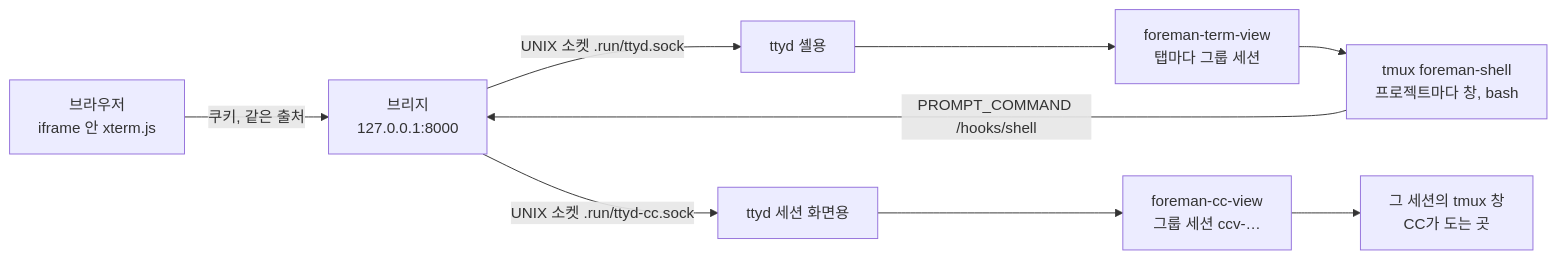
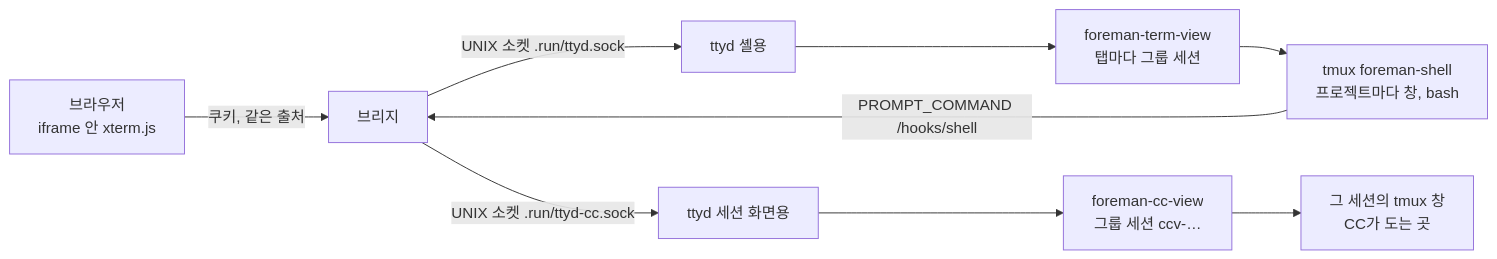
One commit to Gabriel-Joo/foreman changed the first of 2 diagrams in notion/14_screen/04_shell.md. Above: the diagram before and after it, drawn with Mermaid. The commit also changed other lines of this file, not shown here.

````diff
--- a/notion/14_screen/04_shell.md
+++ b/notion/14_screen/04_shell.md
@@ -43,11 +39,11 @@
 ```mermaid
 flowchart LR
-    B[브라우저<br/>iframe 안 xterm.js] -- "쿠키, 같은 출처" --> R[브리지<br/>127.0.0.1:8000]
+    B[브라우저<br/>iframe 안 xterm.js] -- "쿠키, 같은 출처" --> R[브리지]
     R -- "UNIX 소켓 .run/ttyd.sock" --> T1[ttyd 셸용]
     R -- "UNIX 소켓 .run/ttyd-cc.sock" --> T2[ttyd 세션 화면용]
     T1 --> V1[foreman-term-view<br/>탭마다 그룹 세션]
     V1 --> S[tmux foreman-shell<br/>프로젝트마다 창, bash]
     T2 --> V2[foreman-cc-view<br/>그룹 세션 ccv-…]
     V2 --> C[그 세션의 tmux 창<br/>CC가 도는 곳]
     S -- "PROMPT_COMMAND /hooks/shell" --> R
 ```
````
